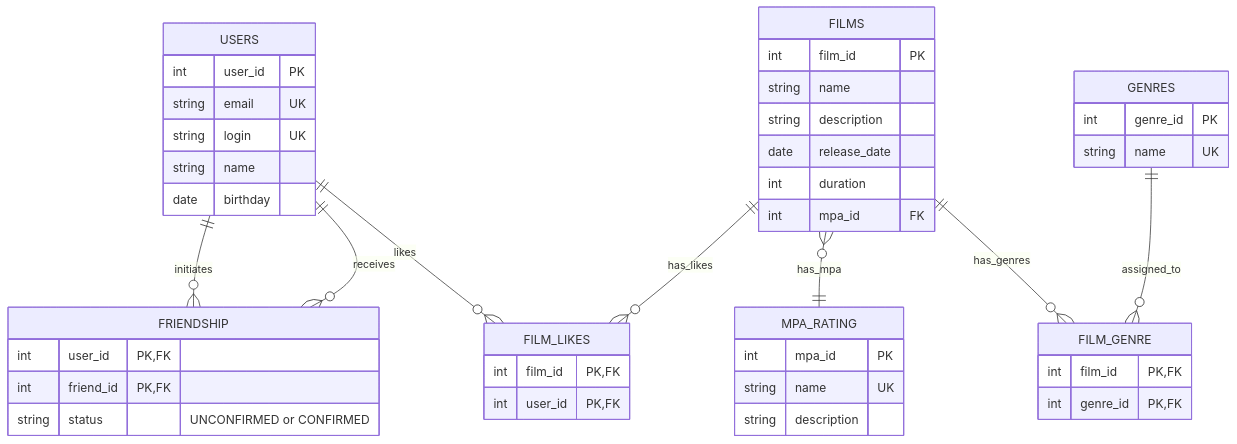
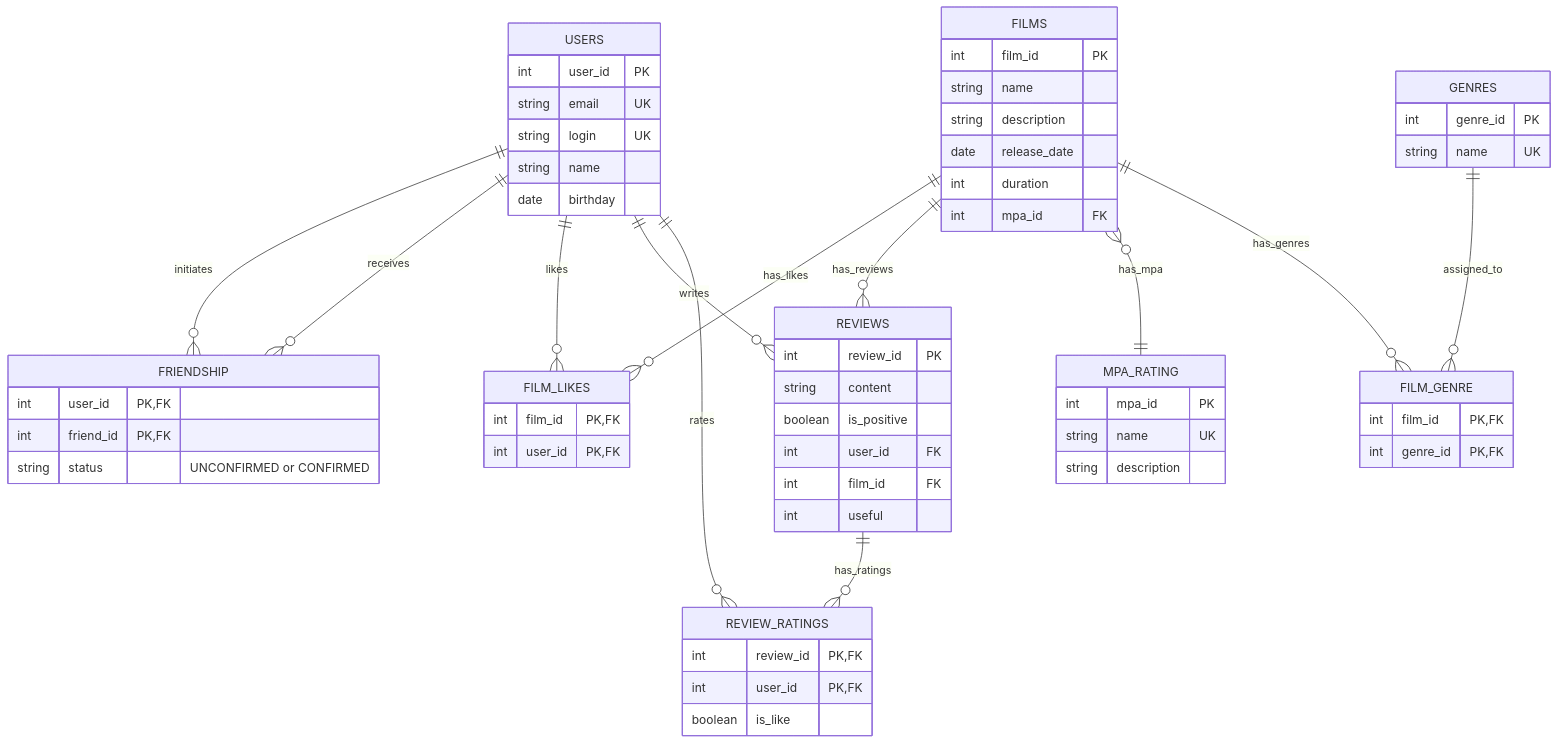
One commit to Kirill2511/Filmorate changed the diagram in README.md. Above: the diagram before and after it, drawn with Mermaid. The commit also changed other lines of this file, not shown here.

````diff
--- a/README.md
+++ b/README.md
@@ -7,54 +7,73 @@
 ```mermaid
 erDiagram
     USERS ||--o{ FRIENDSHIP : "initiates"
     USERS ||--o{ FRIENDSHIP : "receives"
     USERS ||--o{ FILM_LIKES : "likes"
+    USERS ||--o{ REVIEWS : "writes"
+    USERS ||--o{ REVIEW_RATINGS : "rates"
     FILMS ||--o{ FILM_LIKES : "has_likes"
+    FILMS ||--o{ REVIEWS : "has_reviews"
     FILMS }o--|| MPA_RATING : "has_mpa"
     FILMS ||--o{ FILM_GENRE : "has_genres"
     GENRES ||--o{ FILM_GENRE : "assigned_to"
+    REVIEWS ||--o{ REVIEW_RATINGS : "has_ratings"
 
     USERS {
         int user_id PK
         string email UK
         string login UK
         string name
         date birthday
     }
 
     FRIENDSHIP {
         int user_id PK,FK
         int friend_id PK,FK
         string status "UNCONFIRMED or CONFIRMED"
     }
 
     FILMS {
         int film_id PK
         string name
         string description
         date release_date
         int duration
         int mpa_id FK
     }
 
     MPA_RATING {
         int mpa_id PK
         string name UK
         string description
     }
 
     GENRES {
         int genre_id PK
         string name UK
     }
 
     FILM_GENRE {
         int film_id PK,FK
         int genre_id PK,FK
     }
 
     FILM_LIKES {
         int film_id PK,FK
         int user_id PK,FK
     }
+
+    REVIEWS {
+        int review_id PK
+        string content
+        boolean is_positive
+        int user_id FK
+        int film_id FK
+        int useful
+    }
+
+    REVIEW_RATINGS {
+        int review_id PK,FK
+        int user_id PK,FK
+        boolean is_like
+    }
 ```
````
